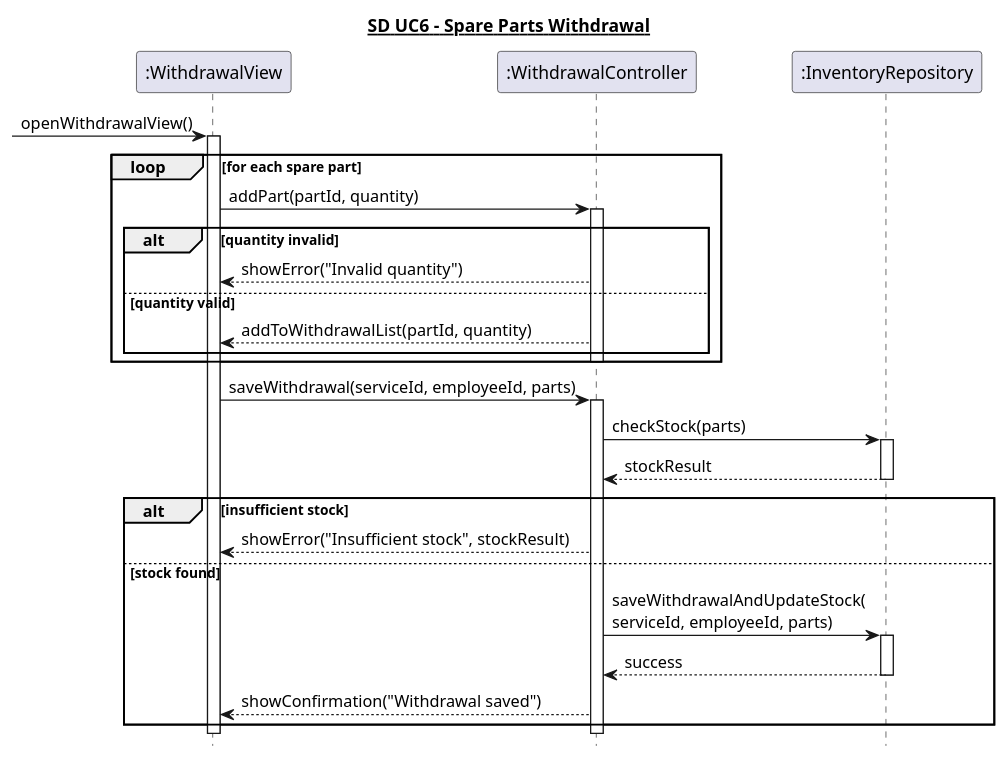
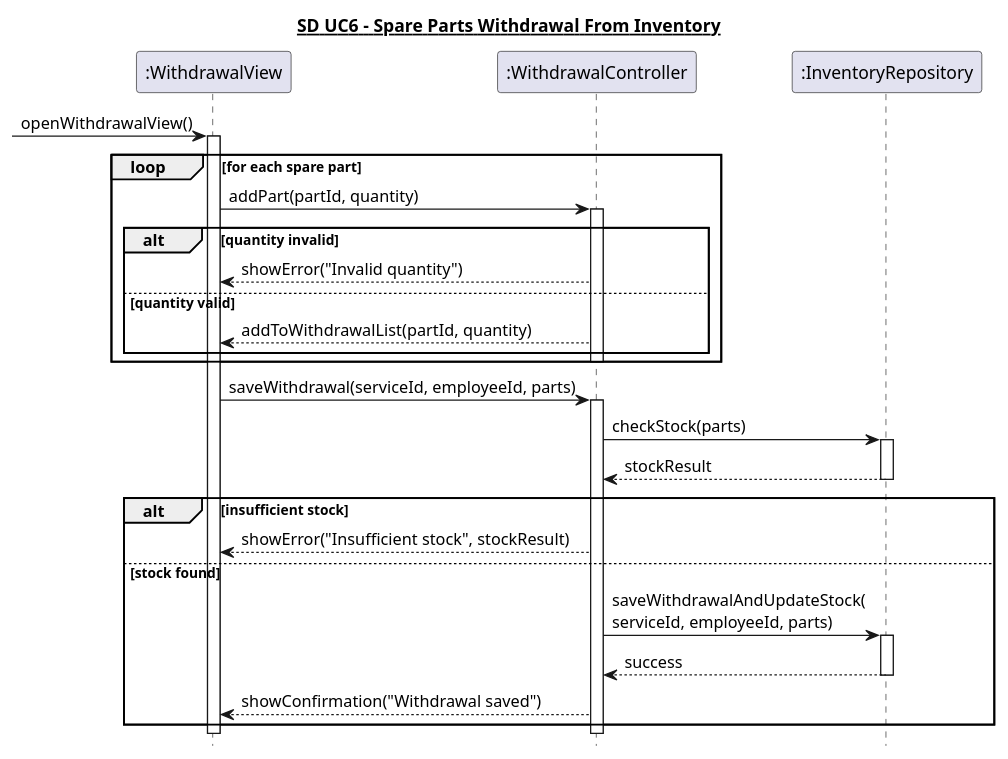
Before and after one commit to Zoabz/Getting-Real: the diagram in 6. Sekvensdiagrammer/UC6_reservedel_udtag.puml, drawn with PlantUML. The commit also changed 19 other files, not shown here.

```diff
--- a/6. Sekvensdiagrammer/UC6_reservedel_udtag.puml
+++ b/6. Sekvensdiagrammer/UC6_reservedel_udtag.puml
@@ -1,49 +1,49 @@
 @startuml
 hide footbox
-title <U>SD UC6 - Spare Parts Withdrawal
+title <U>SD UC6 - Spare Parts Withdrawal From Inventory</U>
 
 participant ":WithdrawalView" as View
 participant ":WithdrawalController" as Controller
 participant ":InventoryRepository" as Repository
 
 [-> View : openWithdrawalView()
 activate View
 
 loop for each spare part
     View -> Controller : addPart(partId, quantity)
     activate Controller
 
     alt quantity invalid
         Controller --> View : showError("Invalid quantity")
 
     else quantity valid 
         Controller --> View : addToWithdrawalList(partId, quantity)
     end
 
     deactivate Controller
 end
 
 View -> Controller : saveWithdrawal(serviceId, employeeId, parts)
 activate Controller
 
 Controller -> Repository : checkStock(parts)
 activate Repository
 Repository --> Controller : stockResult
 deactivate Repository
 
 alt insufficient stock
     Controller --> View : showError("Insufficient stock", stockResult)
 
 else stock found 
     Controller -> Repository : saveWithdrawalAndUpdateStock(\nserviceId, employeeId, parts)
     activate Repository
     Repository --> Controller : success
     deactivate Repository
 
     Controller --> View : showConfirmation("Withdrawal saved")
 end
 
 deactivate Controller
 deactivate View
 
 @enduml
```
